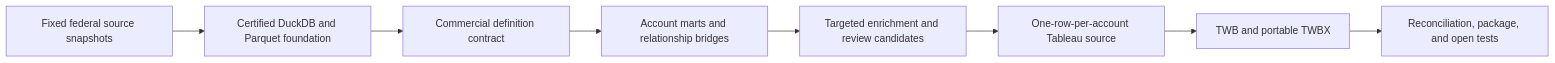
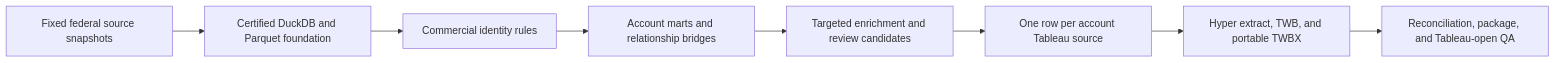
One commit to JntNayeemMSBDSA/nexus8-hippra-account-intelligence changed the diagram in README.md. Above: the diagram before and after it, drawn with Mermaid. The commit also changed other lines of this file, not shown here.

First line of the commit message:
Rewrite README around the HIPPRA account story

````diff
--- a/README.md
+++ b/README.md
@@ -151,10 +246,10 @@
 ```mermaid
 flowchart LR
     A["Fixed federal source snapshots"] --> B["Certified DuckDB and Parquet foundation"]
-    B --> C["Commercial definition contract"]
+    B --> C["Commercial identity rules"]
     C --> D["Account marts and relationship bridges"]
     D --> E["Targeted enrichment and review candidates"]
-    E --> F["One-row-per-account Tableau source"]
-    F --> G["TWB and portable TWBX"]
-    G --> H["Reconciliation, package, and open tests"]
+    E --> F["One row per account Tableau source"]
+    F --> G["Hyper extract, TWB, and portable TWBX"]
+    G --> H["Reconciliation, package, and Tableau-open QA"]
 ```
````
